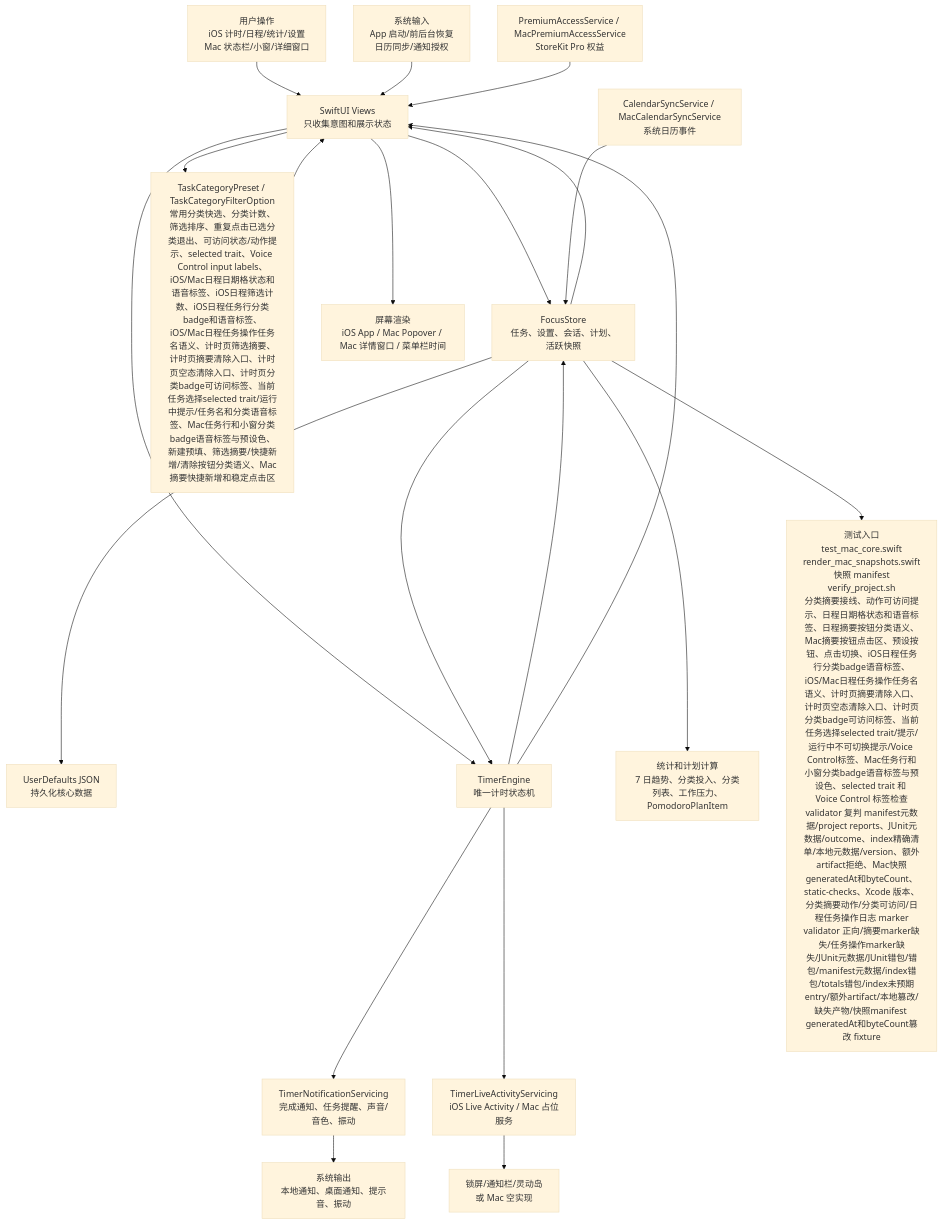
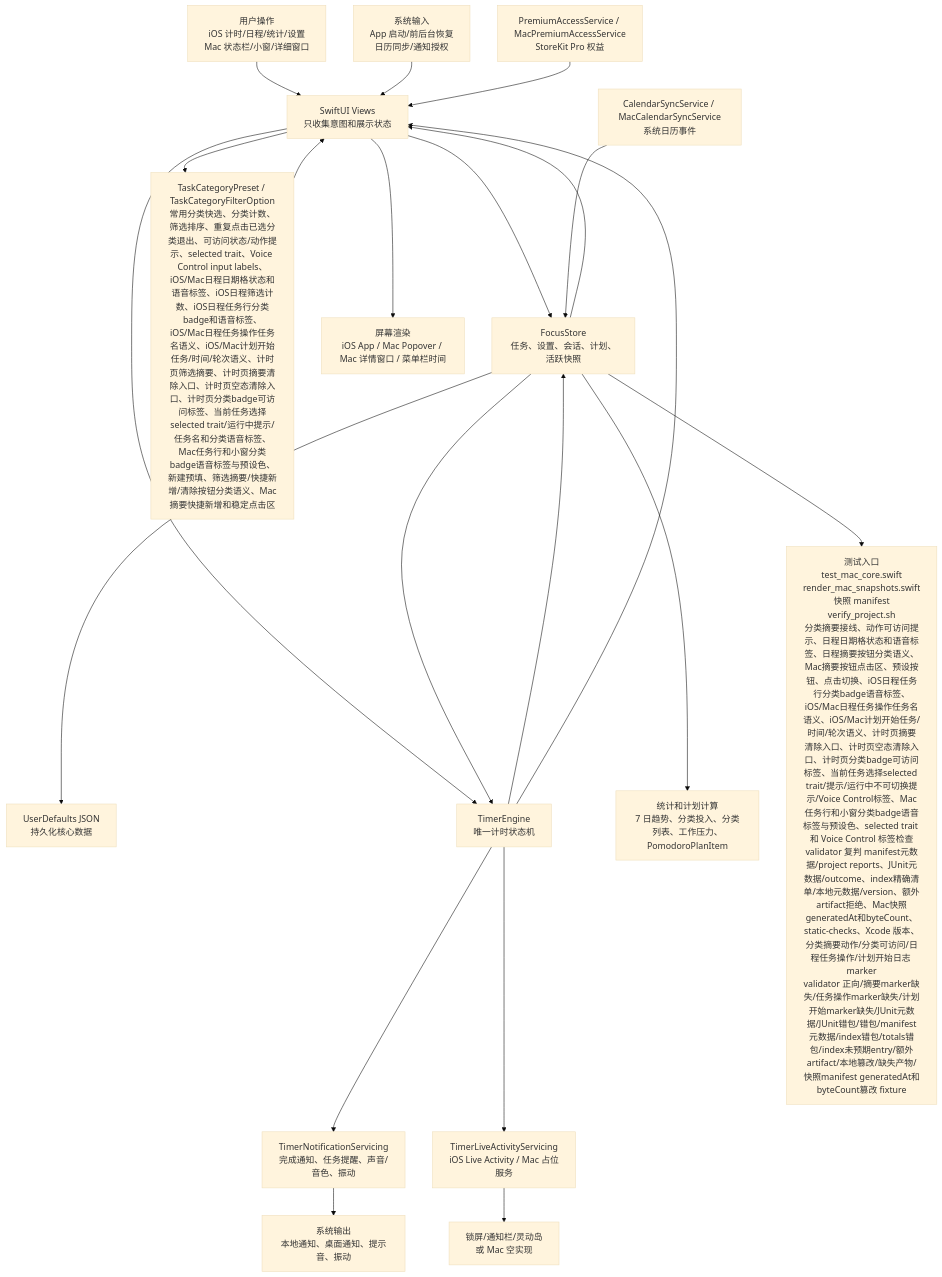
Before and after one commit to Altman-sam114/114: the first of 6 diagrams in md/flow/flowchart.md, drawn with Mermaid (base theme). The commit also changed other lines of this file and 9 other files, not shown here.

````diff
--- a/md/flow/flowchart.md
+++ b/md/flow/flowchart.md
@@ -9,23 +9,23 @@
 ```mermaid
 flowchart TD
   U["用户操作<br/>iOS 计时/日程/统计/设置<br/>Mac 状态栏/小窗/详细窗口"] --> V["SwiftUI Views<br/>只收集意图和展示状态"]
   SYS["系统输入<br/>App 启动/前后台恢复<br/>日历同步/通知授权"] --> V
   V --> S["FocusStore<br/>任务、设置、会话、计划、活跃快照"]
-  V --> CAT["TaskCategoryPreset / TaskCategoryFilterOption<br/>常用分类快选、分类计数、筛选排序、重复点击已选分类退出、可访问状态/动作提示、selected trait、Voice Control input labels、iOS/Mac日程日期格状态和语音标签、iOS日程筛选计数、iOS日程任务行分类badge和语音标签、iOS/Mac日程任务操作任务名语义、计时页筛选摘要、计时页摘要清除入口、计时页空态清除入口、计时页分类badge可访问标签、当前任务选择selected trait/运行中提示/任务名和分类语音标签、Mac任务行和小窗分类badge语音标签与预设色、新建预填、筛选摘要/快捷新增/清除按钮分类语义、Mac摘要快捷新增和稳定点击区"]
+  V --> CAT["TaskCategoryPreset / TaskCategoryFilterOption<br/>常用分类快选、分类计数、筛选排序、重复点击已选分类退出、可访问状态/动作提示、selected trait、Voice Control input labels、iOS/Mac日程日期格状态和语音标签、iOS日程筛选计数、iOS日程任务行分类badge和语音标签、iOS/Mac日程任务操作任务名语义、iOS/Mac计划开始任务/时间/轮次语义、计时页筛选摘要、计时页摘要清除入口、计时页空态清除入口、计时页分类badge可访问标签、当前任务选择selected trait/运行中提示/任务名和分类语音标签、Mac任务行和小窗分类badge语音标签与预设色、新建预填、筛选摘要/快捷新增/清除按钮分类语义、Mac摘要快捷新增和稳定点击区"]
   CAT --> V
   S --> P["UserDefaults JSON<br/>持久化核心数据"]
   V --> E["TimerEngine<br/>唯一计时状态机"]
   S --> E
   E --> S
   E --> N["TimerNotificationServicing<br/>完成通知、任务提醒、声音/音色、振动"]
   E --> L["TimerLiveActivityServicing<br/>iOS Live Activity / Mac 占位服务"]
   S --> C["统计和计划计算<br/>7 日趋势、分类投入、分类列表、工作压力、PomodoroPlanItem"]
   CAL["CalendarSyncService / MacCalendarSyncService<br/>系统日历事件"] --> S
   PRO["PremiumAccessService / MacPremiumAccessService<br/>StoreKit Pro 权益"] --> V
   S --> V
   E --> V
   V --> OUT["屏幕渲染<br/>iOS App / Mac Popover / Mac 详情窗口 / 菜单栏时间"]
   N --> OUT2["系统输出<br/>本地通知、桌面通知、提示音、振动"]
   L --> OUT3["锁屏/通知栏/灵动岛<br/>或 Mac 空实现"]
-  S --> T["测试入口<br/>test_mac_core.swift<br/>render_mac_snapshots.swift<br/>快照 manifest<br/>verify_project.sh<br/>分类摘要接线、动作可访问提示、日程日期格状态和语音标签、日程摘要按钮分类语义、Mac摘要按钮点击区、预设按钮、点击切换、iOS日程任务行分类badge语音标签、iOS/Mac日程任务操作任务名语义、计时页摘要清除入口、计时页空态清除入口、计时页分类badge可访问标签、当前任务选择selected trait/提示/运行中不可切换提示/Voice Control标签、Mac任务行和小窗分类badge语音标签与预设色、selected trait 和 Voice Control 标签检查<br/>validator 复判 manifest元数据/project reports、JUnit元数据/outcome、index精确清单/本地元数据/version、额外artifact拒绝、Mac快照generatedAt和byteCount、static-checks、Xcode 版本、分类摘要动作/分类可访问/日程任务操作日志 marker<br/>validator 正向/摘要marker缺失/任务操作marker缺失/JUnit元数据/JUnit错包/错包/manifest元数据/index错包/totals错包/index未预期entry/额外artifact/本地篡改/缺失产物/快照manifest generatedAt和byteCount篡改 fixture"]
+  S --> T["测试入口<br/>test_mac_core.swift<br/>render_mac_snapshots.swift<br/>快照 manifest<br/>verify_project.sh<br/>分类摘要接线、动作可访问提示、日程日期格状态和语音标签、日程摘要按钮分类语义、Mac摘要按钮点击区、预设按钮、点击切换、iOS日程任务行分类badge语音标签、iOS/Mac日程任务操作任务名语义、iOS/Mac计划开始任务/时间/轮次语义、计时页摘要清除入口、计时页空态清除入口、计时页分类badge可访问标签、当前任务选择selected trait/提示/运行中不可切换提示/Voice Control标签、Mac任务行和小窗分类badge语音标签与预设色、selected trait 和 Voice Control 标签检查<br/>validator 复判 manifest元数据/project reports、JUnit元数据/outcome、index精确清单/本地元数据/version、额外artifact拒绝、Mac快照generatedAt和byteCount、static-checks、Xcode 版本、分类摘要动作/分类可访问/日程任务操作/计划开始日志 marker<br/>validator 正向/摘要marker缺失/任务操作marker缺失/计划开始marker缺失/JUnit元数据/JUnit错包/错包/manifest元数据/index错包/totals错包/index未预期entry/额外artifact/本地篡改/缺失产物/快照manifest generatedAt和byteCount篡改 fixture"]
 ```
````
